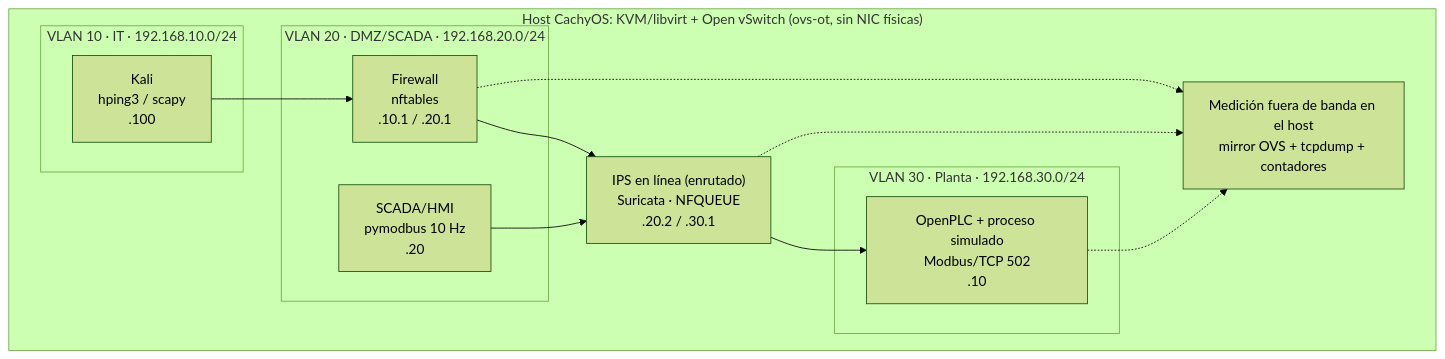
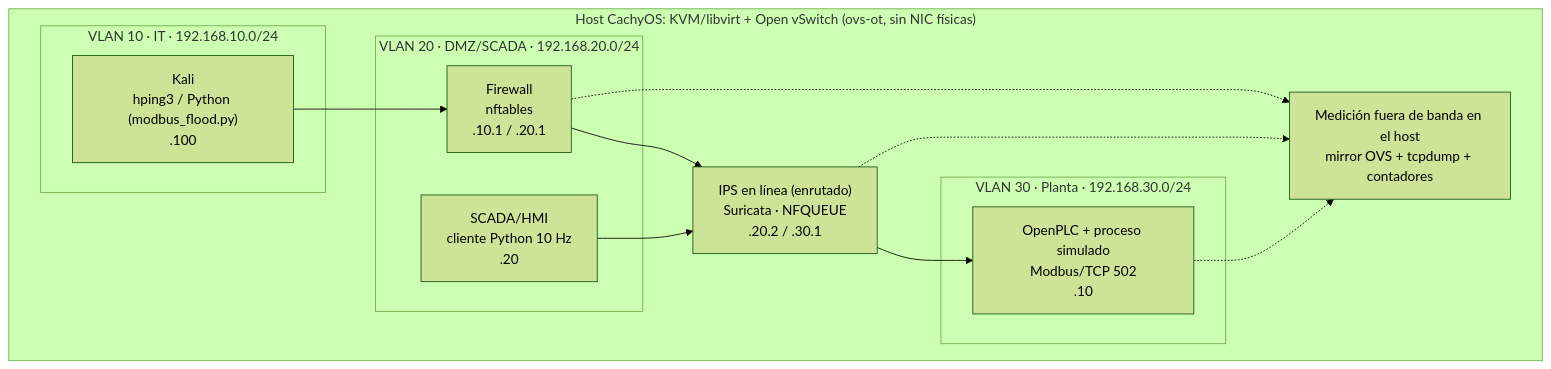
One commit to Maxberth/ips-dos-ics-lab changed the diagram in docs/arquitectura.md. Above: the diagram before and after it, drawn with Mermaid (forest theme). The commit also changed 54 other files, not shown here.

Commit message:
Tablas LaTeX y pruebas estadísticas del paper por script; figuras ajustadas (más espacio, sin A21 en etiquetas, a0 en formato Fig. 1 original)

````diff
--- a/docs/arquitectura.md
+++ b/docs/arquitectura.md
@@ -5,23 +5,23 @@
 ```mermaid
 flowchart LR
   subgraph HOST["Host CachyOS: KVM/libvirt + Open vSwitch (ovs-ot, sin NIC físicas)"]
     direction LR
     subgraph V10["VLAN 10 · IT · 192.168.10.0/24"]
-      K["Kali<br/>hping3 / scapy<br/>.100"]
+      K["Kali<br/>hping3 / Python (modbus_flood.py)<br/>.100"]
     end
     subgraph V20["VLAN 20 · DMZ/SCADA · 192.168.20.0/24"]
       FW["Firewall<br/>nftables<br/>.10.1 / .20.1"]
-      SC["SCADA/HMI<br/>pymodbus 10 Hz<br/>.20"]
+      SC["SCADA/HMI<br/>cliente Python 10 Hz<br/>.20"]
     end
     IPS["IPS en línea (enrutado)<br/>Suricata · NFQUEUE<br/>.20.2 / .30.1"]
     subgraph V30["VLAN 30 · Planta · 192.168.30.0/24"]
       PLC["OpenPLC + proceso simulado<br/>Modbus/TCP 502<br/>.10"]
     end
     MON["Medición fuera de banda en el host<br/>mirror OVS + tcpdump + contadores"]
   end
   K --> FW --> IPS --> PLC
   SC --> IPS
   IPS -.-> MON
   FW -.-> MON
   PLC -.-> MON
 ```
````
